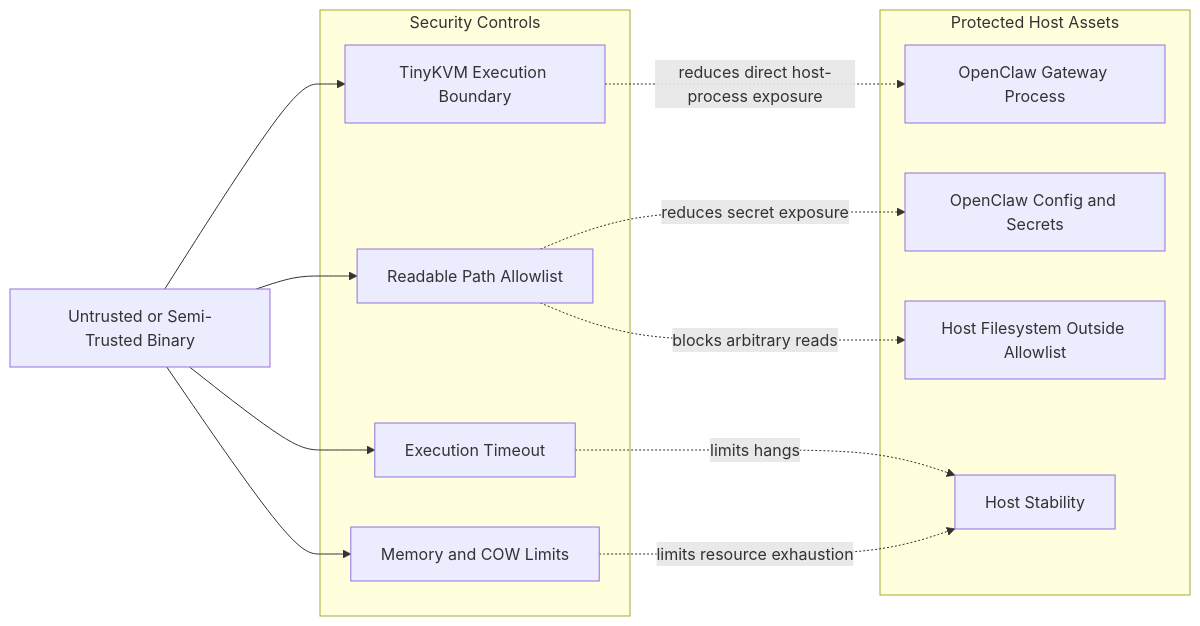
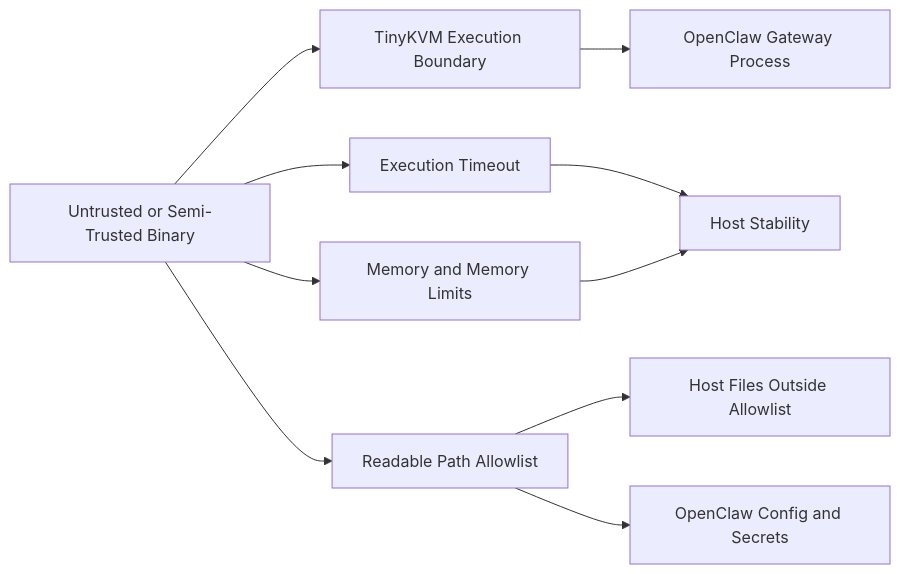
One commit to jonathanwilner/claw changed the third of 3 diagrams in docs/tinykvm-security-architecture.md. Above: the diagram before and after it, drawn with Mermaid. The commit also changed other lines of this file and 9 other files, not shown here.

Commit message:
Fix GitHub docs links and Mermaid diagrams

````diff
--- a/docs/tinykvm-security-architecture.md
+++ b/docs/tinykvm-security-architecture.md
@@ -223,29 +217,22 @@
 ```mermaid
 flowchart LR
     binary[Untrusted or Semi-Trusted Binary]
-
-    subgraph controls[Security Controls]
-        execBoundary[TinyKVM Execution Boundary]
-        timeoutCtrl[Execution Timeout]
-        memCtrl[Memory and COW Limits]
-        readCtrl[Readable Path Allowlist]
-    end
-
-    subgraph assets[Protected Host Assets]
-        gatewayAsset[OpenClaw Gateway Process]
-        secretsAsset[OpenClaw Config and Secrets]
-        fsAsset[Host Filesystem Outside Allowlist]
-        stabilityAsset[Host Stability]
-    end
+    execBoundary[TinyKVM Execution Boundary]
+    timeoutCtrl[Execution Timeout]
+    memCtrl[Memory and Memory Limits]
+    readCtrl[Readable Path Allowlist]
+    gatewayAsset[OpenClaw Gateway Process]
+    secretsAsset[OpenClaw Config and Secrets]
+    fsAsset[Host Files Outside Allowlist]
+    stabilityAsset[Host Stability]
 
     binary --> execBoundary
     binary --> timeoutCtrl
     binary --> memCtrl
     binary --> readCtrl
-
-    execBoundary -. reduces direct host-process exposure .-> gatewayAsset
-    readCtrl -. blocks arbitrary reads .-> fsAsset
-    readCtrl -. reduces secret exposure .-> secretsAsset
-    timeoutCtrl -. limits hangs .-> stabilityAsset
-    memCtrl -. limits resource exhaustion .-> stabilityAsset
+    execBoundary --> gatewayAsset
+    readCtrl --> fsAsset
+    readCtrl --> secretsAsset
+    timeoutCtrl --> stabilityAsset
+    memCtrl --> stabilityAsset
 ```
````
